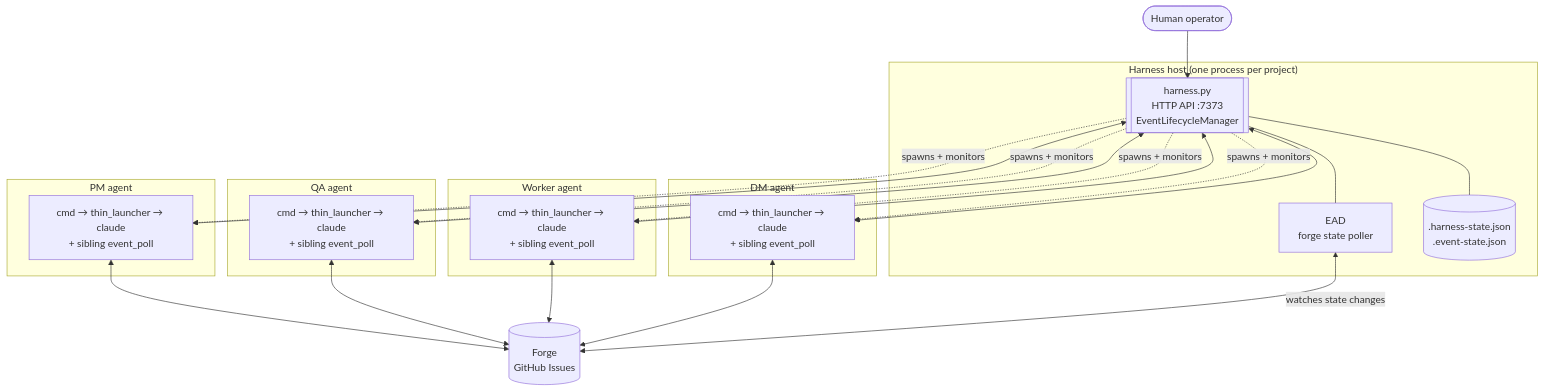
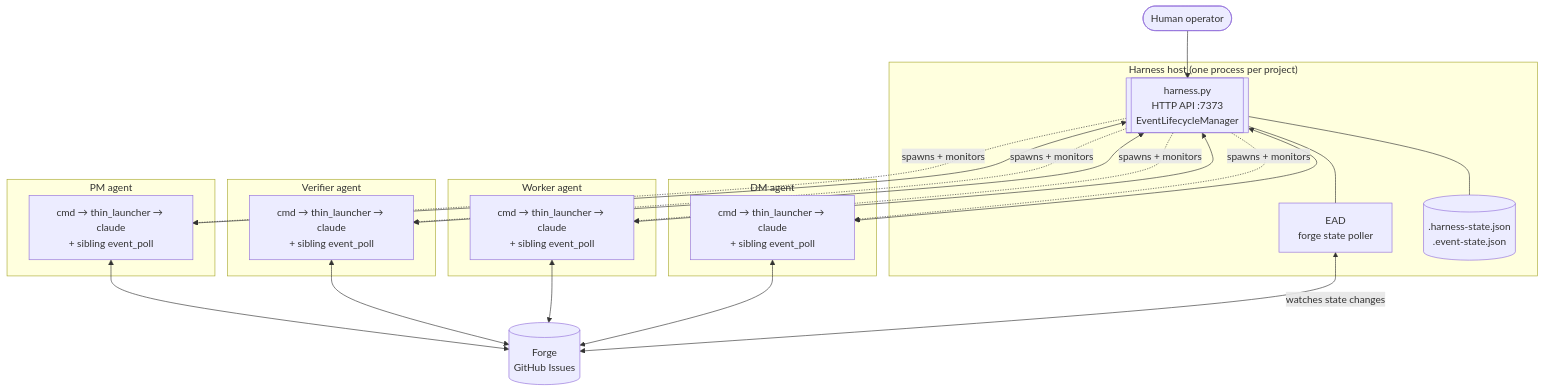
One commit to WallyDoodlez/SquidSquad changed the second of 16 diagrams in docs/AGENT-RUNTIME.md. Above: the diagram before and after it, drawn with Mermaid. The commit also changed other lines of this file, not shown here.

First line of the commit message:
pm: AGENT-RUNTIME — sweep qa → verifier post-#6274 (16 references)

````diff
--- a/docs/AGENT-RUNTIME.md
+++ b/docs/AGENT-RUNTIME.md
@@ -100,48 +100,48 @@
 ```mermaid
 flowchart TB
     Operator(["Human operator"])
     Forge[("Forge<br/>GitHub Issues")]
 
     subgraph harness_box["Harness host (one process per project)"]
         Harness[["harness.py<br/>HTTP API :7373<br/>EventLifecycleManager"]]
         EAD["EAD<br/>forge state poller"]
         StateFiles[(".harness-state.json<br/>.event-state.json")]
         Harness --- EAD
         Harness --- StateFiles
     end
 
     subgraph pm_box["PM agent"]
         PMTree["cmd → thin_launcher → claude<br/>+ sibling event_poll"]
     end
 
-    subgraph qa_box["QA agent"]
-        QATree["cmd → thin_launcher → claude<br/>+ sibling event_poll"]
+    subgraph verifier_box["Verifier agent"]
+        VerifierTree["cmd → thin_launcher → claude<br/>+ sibling event_poll"]
     end
 
     subgraph worker_box["Worker agent"]
         WorkerTree["cmd → thin_launcher → claude<br/>+ sibling event_poll"]
     end
 
     subgraph dm_box["DM agent"]
         DMTree["cmd → thin_launcher → claude<br/>+ sibling event_poll"]
     end
 
     Operator --> Harness
 
     Harness -.->|spawns + monitors| PMTree
-    Harness -.->|spawns + monitors| QATree
+    Harness -.->|spawns + monitors| VerifierTree
     Harness -.->|spawns + monitors| WorkerTree
     Harness -.->|spawns + monitors| DMTree
 
     PMTree <--> Harness
-    QATree <--> Harness
+    VerifierTree <--> Harness
     WorkerTree <--> Harness
     DMTree <--> Harness
 
     PMTree <--> Forge
-    QATree <--> Forge
+    VerifierTree <--> Forge
     WorkerTree <--> Forge
     DMTree <--> Forge
 
     EAD <-->|watches state changes| Forge
 ```
````
